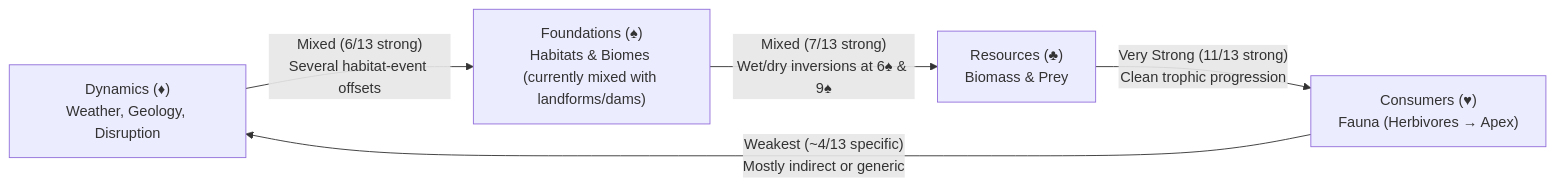
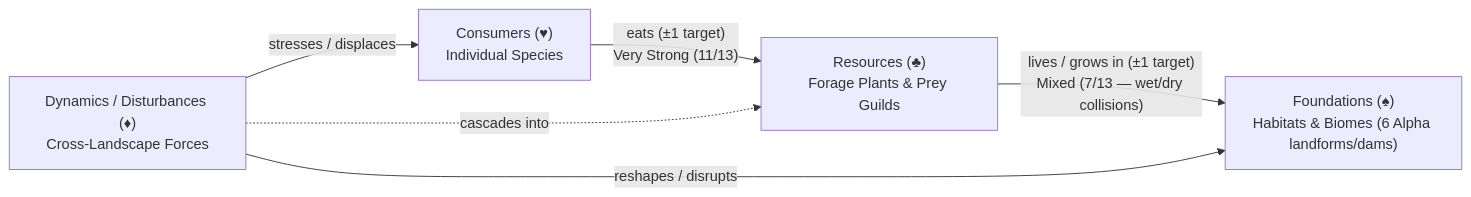
Before and after one commit to Tearran/wildlands: the diagram in SCIENTIFIC_AUDIT.md, drawn with Mermaid. The commit also changed other lines of this file and 2 other files, not shown here.

First line of the commit message:
Update ecosystem diagram (♥→♣→♠ + ♦), Species vs. Guild rules, Grubb 1995 precision, and play.html polish

````diff
--- a/SCIENTIFIC_AUDIT.md
+++ b/SCIENTIFIC_AUDIT.md
@@ -11,7 +11,8 @@
 ```mermaid
 flowchart LR
-    D["Dynamics (♦)<br/>Weather, Geology, Disruption"] -->|"Mixed (6/13 strong)<br/>Several habitat-event offsets"| S["Foundations (♠)<br/>Habitats & Biomes (currently mixed with landforms/dams)"]
-    S -->|"Mixed (7/13 strong)<br/>Wet/dry inversions at 6♠ & 9♠"| C["Resources (♣)<br/>Biomass & Prey"]
-    C -->|"Very Strong (11/13 strong)<br/>Clean trophic progression"| H["Consumers (♥)<br/>Fauna (Herbivores → Apex)"]
-    H -->|"Weakest (~4/13 specific)<br/>Mostly indirect or generic"| D
+    H["Consumers (♥)<br/>Individual Species"] -->|"eats (±1 target)<br/>Very Strong (11/13)"| C["Resources (♣)<br/>Forage Plants & Prey Guilds"]
+    C -->|"lives / grows in (±1 target)<br/>Mixed (7/13 — wet/dry collisions)"| S["Foundations (♠)<br/>Habitats & Biomes (6 Alpha landforms/dams)"]
+    D["Dynamics / Disturbances (♦)<br/>Cross-Landscape Forces"] -->|"reshapes / disrupts"| S
+    D -->|"stresses / displaces"| H
+    D -.->|"cascades into"| C
 ```
````
